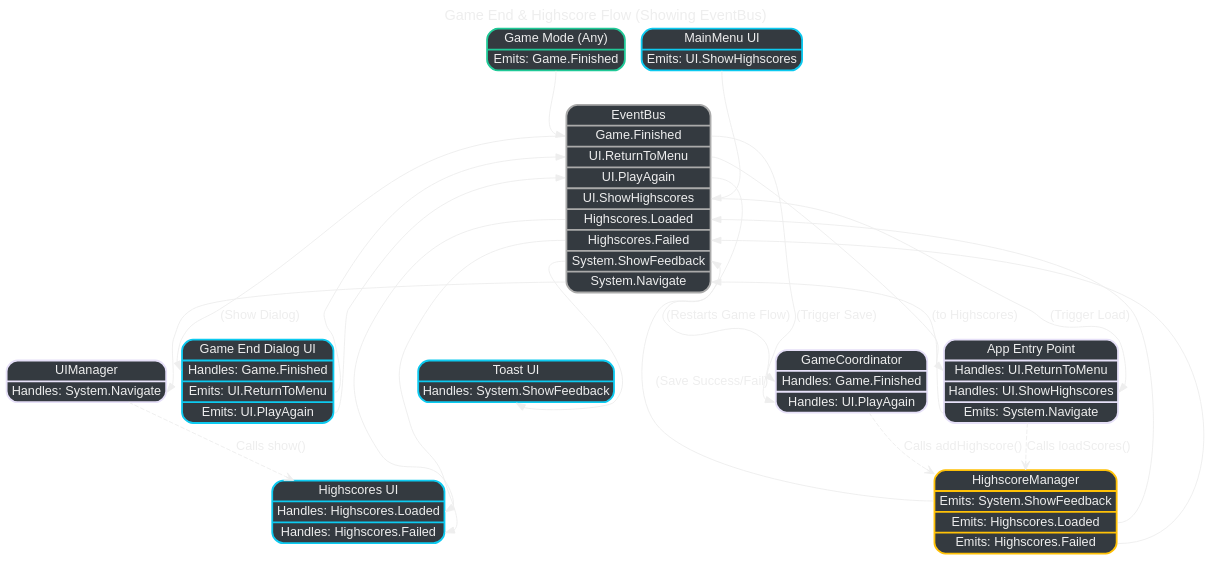
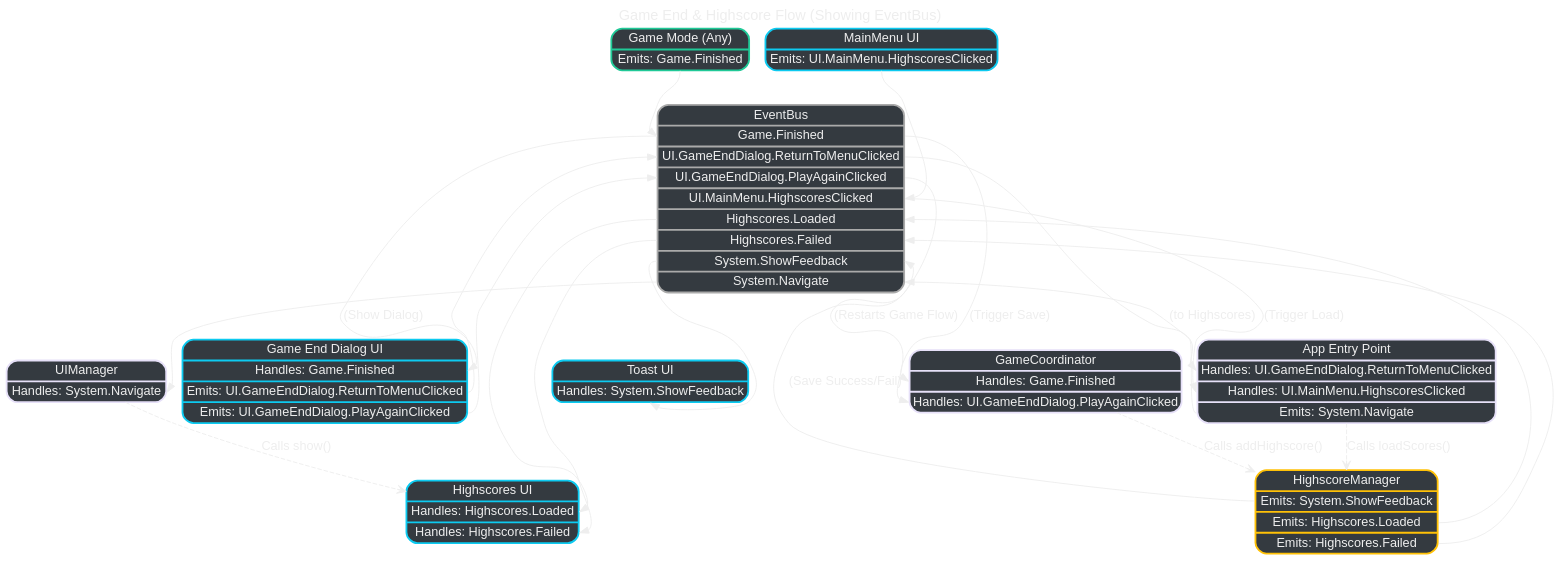
One commit to SchizoDuckie/unicornpoep changed the diagram in v2/docs/7-scenario-game-end-highscores-with-bus.dot. Above: the diagram before and after it, drawn with Graphviz. The commit also changed 70 other files, not shown here.

```diff
--- a/v2/docs/7-scenario-game-end-highscores-with-bus.dot
+++ b/v2/docs/7-scenario-game-end-highscores-with-bus.dot
@@ -1,70 +1,70 @@
 digraph GameEndFlow_WithBus {
     rankdir=TD;
     sep="0.6";
     overlap=false;
     bgcolor="transparent";
     fontname="Arial";
     node [shape=box, style="rounded,filled", fontcolor="#eeeeee", color="#eeeeee", fontname="Arial"];
     edge [fontcolor="#eeeeee", color="#eeeeee", fontname="Arial"];
     graph [label="Game End & Highscore Flow (Showing EventBus)", labelloc=t, fontsize=16, fontcolor="#eeeeee"];
 
     // Node Styles (Record for specific event interactions)
     BaseGameMode [shape="record", style="rounded,filled", fillcolor="#343a40", color="#20c997", penwidth=2,
                   label="{ Game Mode (Any) | {<emits_fin> Emits: Game.Finished} }"];
     GameEndDialog [shape="record", style="rounded,filled", fillcolor="#343a40", color="#0dcaf0", penwidth=2,
-                   label="{ Game End Dialog UI | {<handles_fin> Handles: Game.Finished} | {<emits_menu> Emits: UI.ReturnToMenu} | {<emits_play> Emits: UI.PlayAgain} }"];
+                   label="{ Game End Dialog UI | {<handles_fin> Handles: Game.Finished} | {<emits_menu> Emits: UI.GameEndDialog.ReturnToMenuClicked} | {<emits_play> Emits: UI.GameEndDialog.PlayAgainClicked} }"];
     HighscoresComponent [shape="record", style="rounded,filled", fillcolor="#343a40", color="#0dcaf0", penwidth=2,
                          label="{ Highscores UI | {<handles_loaded> Handles: Highscores.Loaded} | {<handles_failed> Handles: Highscores.Failed} }"];
     MainMenuComponent [shape="record", style="rounded,filled", fillcolor="#343a40", color="#0dcaf0", penwidth=2,
-                       label="{ MainMenu UI | {<emits_hs> Emits: UI.ShowHighscores} }"];
+                       label="{ MainMenu UI | {<emits_hs> Emits: UI.MainMenu.HighscoresClicked} }"];
     GameCoordinator [shape="record", style="rounded,filled", fillcolor="#343a40", color="#e6e0f8", penwidth=2,
-                     label="{ GameCoordinator | {<handles_fin> Handles: Game.Finished} | {<handles_play> Handles: UI.PlayAgain} }"];
+                     label="{ GameCoordinator | {<handles_fin> Handles: Game.Finished} | {<handles_play> Handles: UI.GameEndDialog.PlayAgainClicked} }"];
     UnicornPoep [shape="record", style="rounded,filled", fillcolor="#343a40", color="#e6e0f8", penwidth=2,
-                 label="{ App Entry Point | {<handles_menu> Handles: UI.ReturnToMenu} | {<handles_hs> Handles: UI.ShowHighscores} | {<emits_nav> Emits: System.Navigate} }"];
+                 label="{ App Entry Point | {<handles_menu> Handles: UI.GameEndDialog.ReturnToMenuClicked} | {<handles_hs> Handles: UI.MainMenu.HighscoresClicked} | {<emits_nav> Emits: System.Navigate} }"];
     HighscoreManager [shape="record", style="rounded,filled", fillcolor="#343a40", color="#ffc107", penwidth=2,
                       label="{ HighscoreManager | {<emits_feedback> Emits: System.ShowFeedback} | {<emits_loaded> Emits: Highscores.Loaded} | {<emits_failed> Emits: Highscores.Failed} }"];
     UIManager [shape="record", style="rounded,filled", fillcolor="#343a40", color="#e6e0f8", penwidth=2,
                label="{ UIManager | {<handles_nav> Handles: System.Navigate} }"];
     ToastComponent [shape="record", style="rounded,filled", fillcolor="#343a40", color="#0dcaf0", penwidth=2,
                     label="{ Toast UI | {<handles_feedback> Handles: System.ShowFeedback} }"];
 
     // EventBus: Shows specific events for Game End / Highscore flow
     EventBus [shape="record", style="rounded,filled", fillcolor="#343a40", color="#aaaaaa", penwidth=2,
-              label="{ EventBus | {<evGameFin> Game.Finished} | {<evReturnMenu> UI.ReturnToMenu} | {<evPlayAgain> UI.PlayAgain} | {<evShowHS> UI.ShowHighscores} | {<evHSLoaded> Highscores.Loaded} | {<evHSFailed> Highscores.Failed} | {<evFeedback> System.ShowFeedback} | {<evNav> System.Navigate} }"];
+              label="{ EventBus | {<evGameFin> Game.Finished} | {<evReturnMenu> UI.GameEndDialog.ReturnToMenuClicked} | {<evPlayAgain> UI.GameEndDialog.PlayAgainClicked} | {<evShowHS> UI.MainMenu.HighscoresClicked} | {<evHSLoaded> Highscores.Loaded} | {<evHSFailed> Highscores.Failed} | {<evFeedback> System.ShowFeedback} | {<evNav> System.Navigate} }"];
 
     // 1. Game Mode finishes (Event)
     BaseGameMode:emits_fin -> EventBus:evGameFin [label=""];
 
     // 2. Coordinator and UI react (Events)
     EventBus:evGameFin -> GameCoordinator:handles_fin [label=" (Trigger Save)"];
     EventBus:evGameFin -> GameEndDialog:handles_fin [label=" (Show Dialog)"];
 
     // 3. Coordinator saves score (if applicable) (Direct Call + Event)
     GameCoordinator -> HighscoreManager [label=" Calls addHighscore()", style=dashed, arrowhead=open];
     HighscoreManager:emits_feedback -> EventBus:evFeedback [label=" (Save Success/Fail)"];
     EventBus:evFeedback -> ToastComponent:handles_feedback [label=""];
 
     // 4. User action from End Dialog (Specific Events)
     GameEndDialog:emits_menu -> EventBus:evReturnMenu [label=""];
     GameEndDialog:emits_play -> EventBus:evPlayAgain [label=""];
 
     // 5. App/Coordinator handles dialog action (Specific Events)
     EventBus:evReturnMenu -> UnicornPoep:handles_menu [label=""];
     EventBus:evPlayAgain -> GameCoordinator:handles_play [label=" (Restarts Game Flow)"];
 
     // 6. User requests highscores from Main Menu (Event + Direct Call + Event)
     MainMenuComponent:emits_hs -> EventBus:evShowHS [label=""];
     EventBus:evShowHS -> UnicornPoep:handles_hs [label=" (Trigger Load)"];
     UnicornPoep -> HighscoreManager [label=" Calls loadScores()", style=dashed, arrowhead=open];
     UnicornPoep:emits_nav -> EventBus:evNav [label=" (to Highscores)"];
 
     // 7. Highscore Manager loads data (Specific Events)
     HighscoreManager:emits_loaded -> EventBus:evHSLoaded [label=""];
     HighscoreManager:emits_failed -> EventBus:evHSFailed [label=""];
 
     // 8. Highscore UI displays data / UIManager navigates (Specific Events + Direct Call)
     EventBus:evHSLoaded -> HighscoresComponent:handles_loaded [label=""];
     EventBus:evHSFailed -> HighscoresComponent:handles_failed [label=""];
     EventBus:evNav -> UIManager:handles_nav [label=""];
     UIManager -> HighscoresComponent [label=" Calls show()", style=dashed, arrowhead=open];
 } 
```
